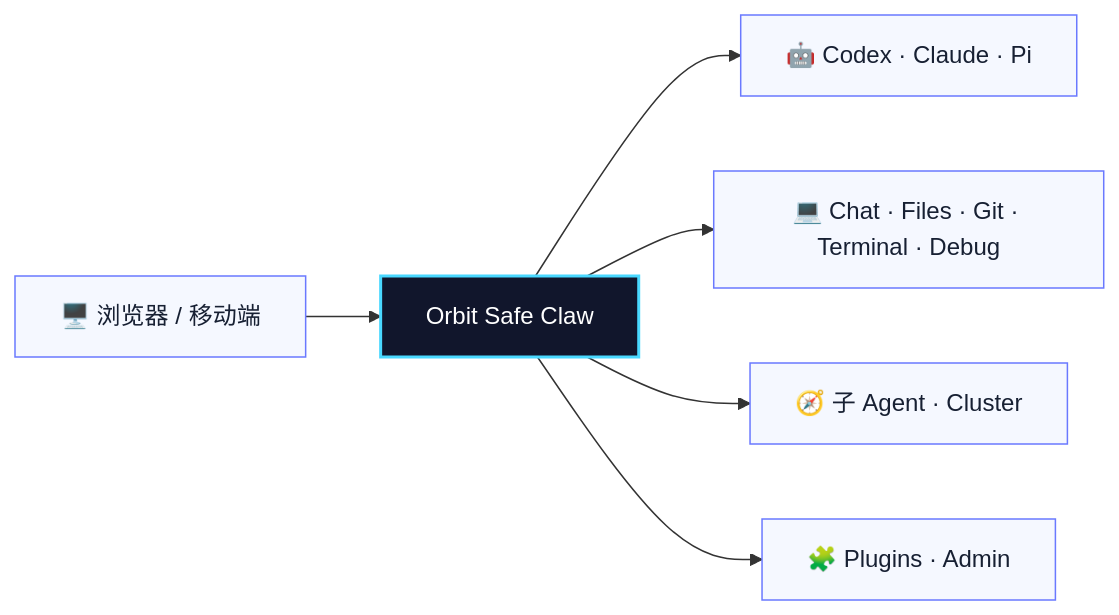
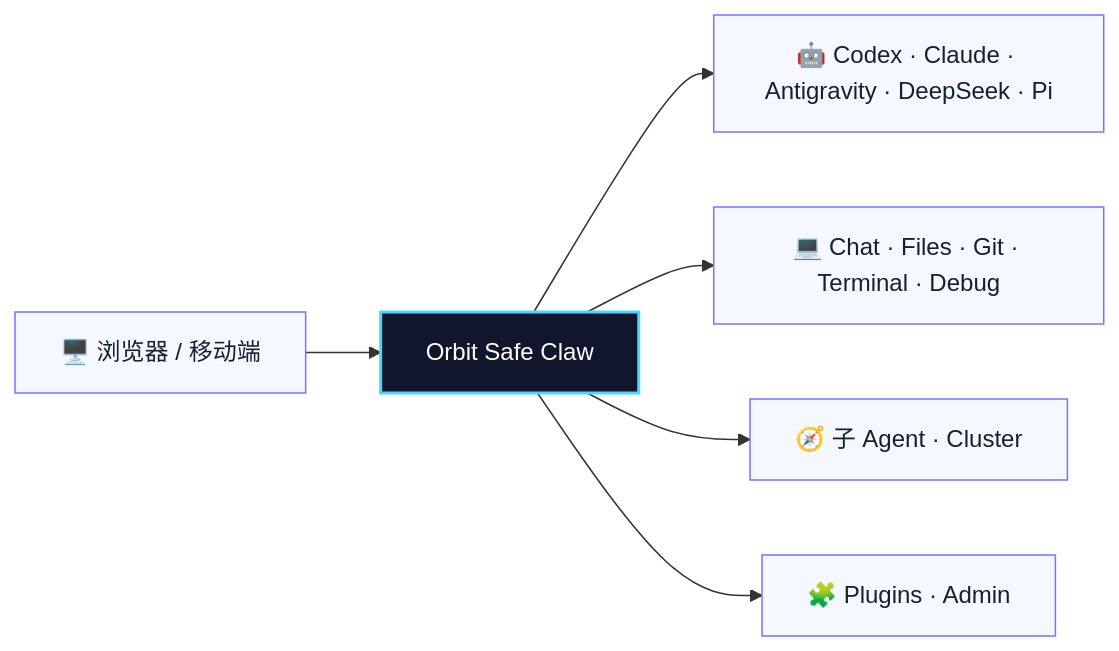
The diagram in README.md (Augustusjk2008/telegram-cli-bot), drawn with Mermaid before and after one commit. The commit also changed other lines of this file and 11 other files, not shown here.

````diff
--- a/README.md
+++ b/README.md
@@ -41,13 +41,13 @@
 ```mermaid
 flowchart LR
     Browser["🖥️ 浏览器 / 移动端"] --> Orbit["Orbit Safe Claw"]
-    Orbit --> Agents["🤖 Codex · Claude · Pi"]
+    Orbit --> Agents["🤖 Codex · Claude · Antigravity · DeepSeek · Pi"]
     Orbit --> Workbench["💻 Chat · Files · Git · Terminal · Debug"]
     Orbit --> Cluster["🧭 子 Agent · Cluster"]
     Orbit --> Extend["🧩 Plugins · Admin"]
 
     classDef orbit fill:#11162c,stroke:#49d8ff,color:#ffffff,stroke-width:2px;
     classDef node fill:#f5f8ff,stroke:#6a79ff,color:#172033;
     class Orbit orbit;
     class Browser,Agents,Workbench,Cluster,Extend node;
 ```
````
